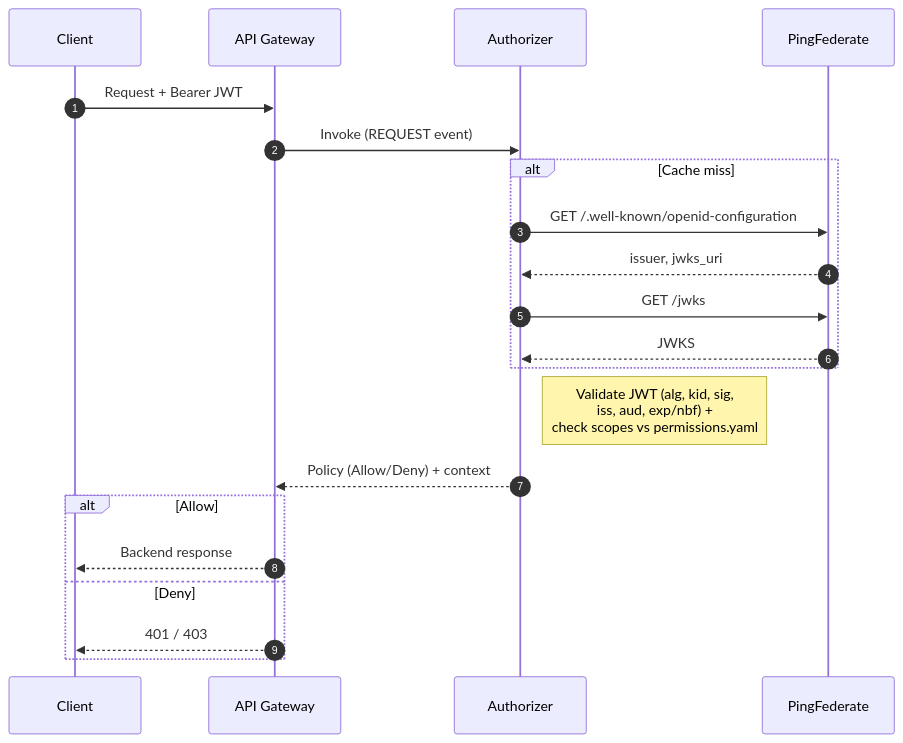
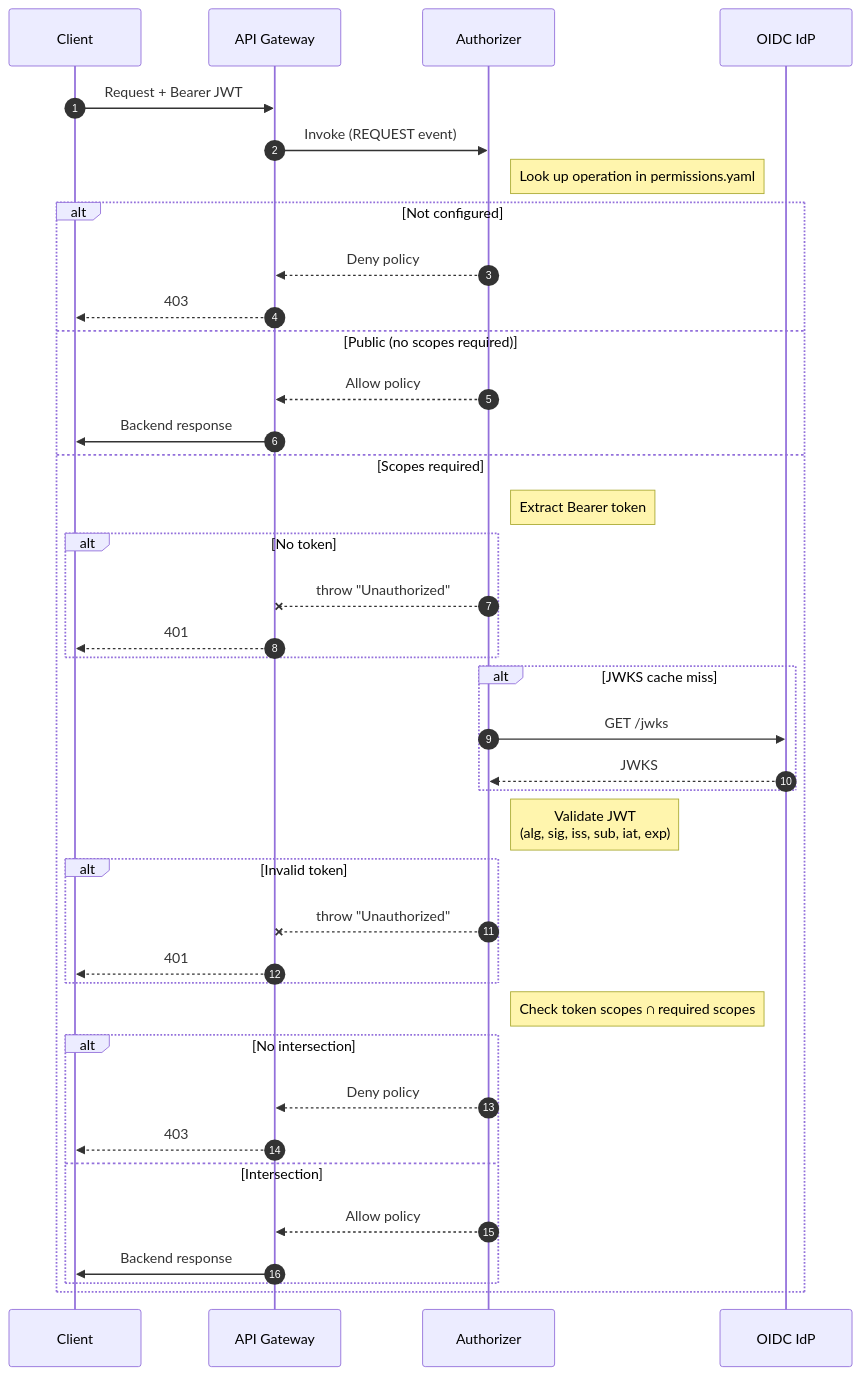
One commit to adamdezsi89/secret-lambda changed the diagram in README.md. Above: the diagram before and after it, drawn with Mermaid. The commit also changed other lines of this file and 21 other files, not shown here.

````diff
--- a/README.md
+++ b/README.md
@@ -64,28 +57,50 @@
 ```mermaid
 sequenceDiagram
   autonumber
   participant C as Client
   participant AG as API Gateway
   participant LA as Authorizer
-  participant PF as PingFederate
+  participant IdP as OIDC IdP
 
   C->>AG: Request + Bearer JWT
   AG->>LA: Invoke (REQUEST event)
 
-  alt Cache miss
-    LA->>PF: GET /.well-known/openid-configuration
-    PF-->>LA: issuer, jwks_uri
-    LA->>PF: GET /jwks
-    PF-->>LA: JWKS
-  end
+  note right of LA: Look up operation in permissions.yaml
 
-  note right of LA: Validate JWT (alg, kid, sig,<br/>iss, aud, exp/nbf) +<br/>check scopes vs permissions.yaml
+  alt Not configured
+    LA-->>AG: Deny policy
+    AG-->>C: 403
+  else Public (no scopes required)
+    LA-->>AG: Allow policy
+    AG->>C: Backend response
+  else Scopes required
+    note right of LA: Extract Bearer token
 
-  LA-->>AG: Policy (Allow/Deny) + context
+    alt No token
+      LA--xAG: throw "Unauthorized"
+      AG-->>C: 401
+    end
 
-  alt Allow
-    AG-->>C: Backend response
-  else Deny
-    AG-->>C: 401 / 403
+    alt JWKS cache miss
+      LA->>IdP: GET /jwks
+      IdP-->>LA: JWKS
+    end
+
+    note right of LA: Validate JWT<br/>(alg, sig, iss, sub, iat, exp)
+
+    alt Invalid token
+      LA--xAG: throw "Unauthorized"
+      AG-->>C: 401
+    end
+
+    note right of LA: Check token scopes ∩ required scopes
+
+    alt No intersection
+      LA-->>AG: Deny policy
+      AG-->>C: 403
+    else Intersection
+      LA-->>AG: Allow policy
+      AG->>C: Backend response
+    end
   end
 ```
````
